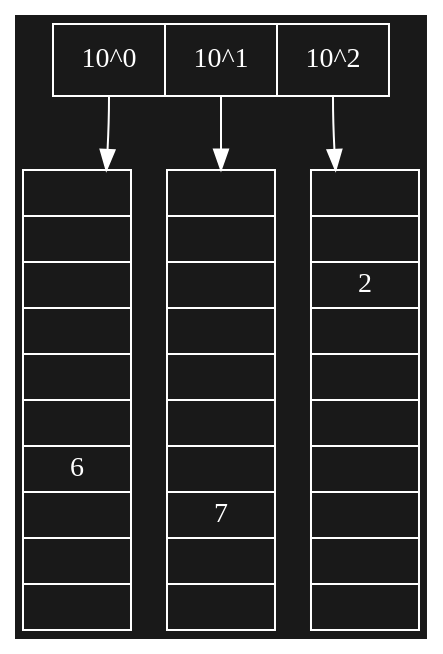
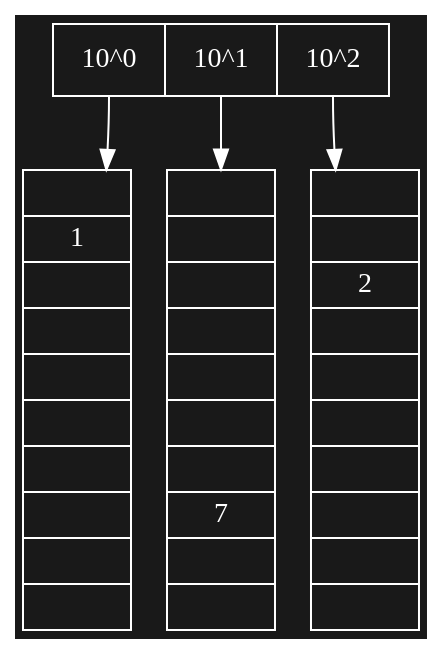
The fourth of 4 diagrams in src/30_bits.qmd (cd-c89/rs), drawn with Graphviz before and after one commit. The commit also changed other lines of this file and 3 other files, not shown here.

````diff
--- a/src/30_bits.qmd
+++ b/src/30_bits.qmd
@@ -398,18 +398,18 @@
 ```{dot}
 //| echo: false
 //| fig-width: 400px
 //| fig-height: 400px
 digraph finite_automata {
   rankdir=TD; bgcolor="#191919";
   node [fontcolor = "#ffffff", color = "#ffffff", shape=record];
   edge [color = "#ffffff",fontcolor = "#ffffff"]
 
   struct [label="{ {<0> 10^0  | <1> 10^1| <2> 10^2}} "];
-  struct0 [label="{||||||6|||}"];
+  struct0 [label="{|1||||||||}"];
   struct1 [label="{|||||||7||}"];
   struct2 [label="{||2|||||||}"];
   struct:0 -> struct0
   struct:1 -> struct1
   struct:2 -> struct2
 }
 ```
````
